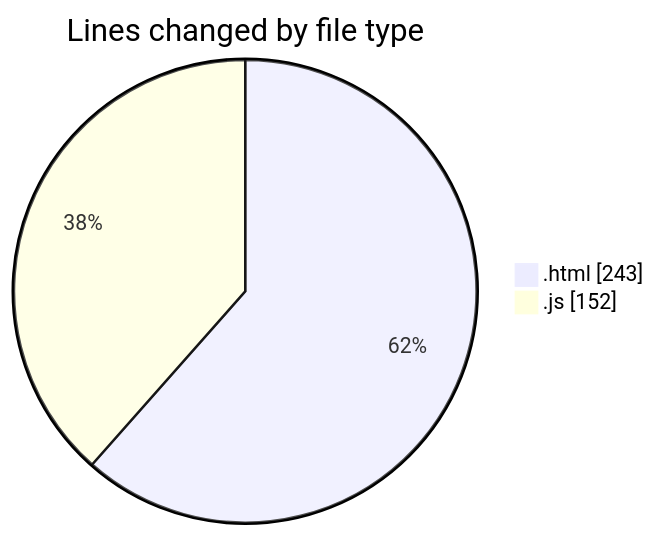
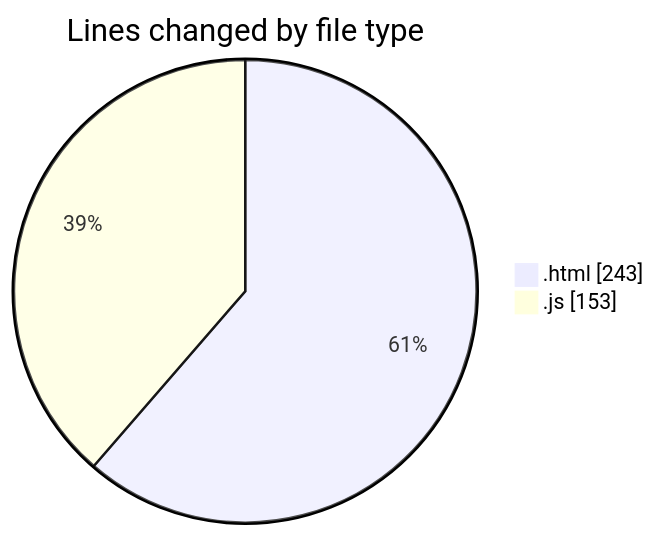
The first of 2 diagrams in 2026-02-19/bot_v1_2/README.md (becaeroporto-bot/code-tracking), drawn with Mermaid before and after one commit. The commit also changed other lines of this file and 1 other file, not shown here.

````diff
--- a/2026-02-19/bot_v1_2/README.md
+++ b/2026-02-19/bot_v1_2/README.md
@@ -25,6 +25,6 @@
 ```mermaid
 pie showData
 title Lines changed by file type
 ".html" : 243
-".js" : 152
+".js" : 153
 ```
````
